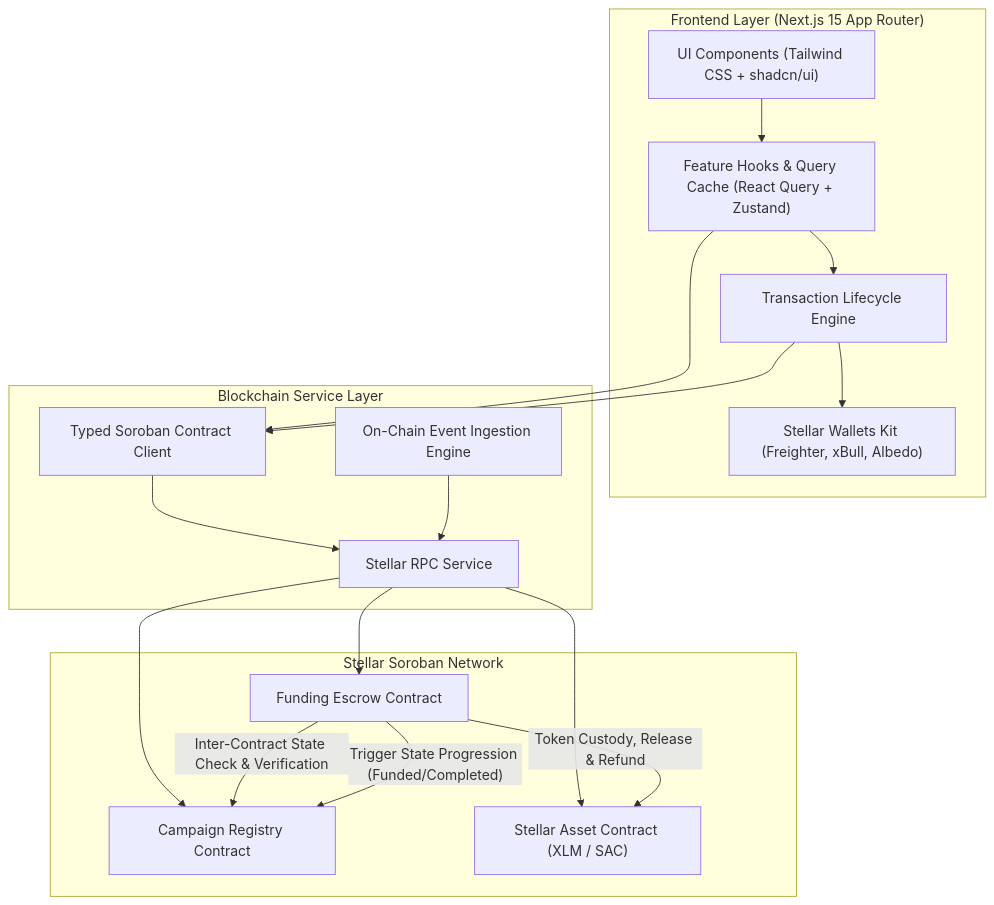
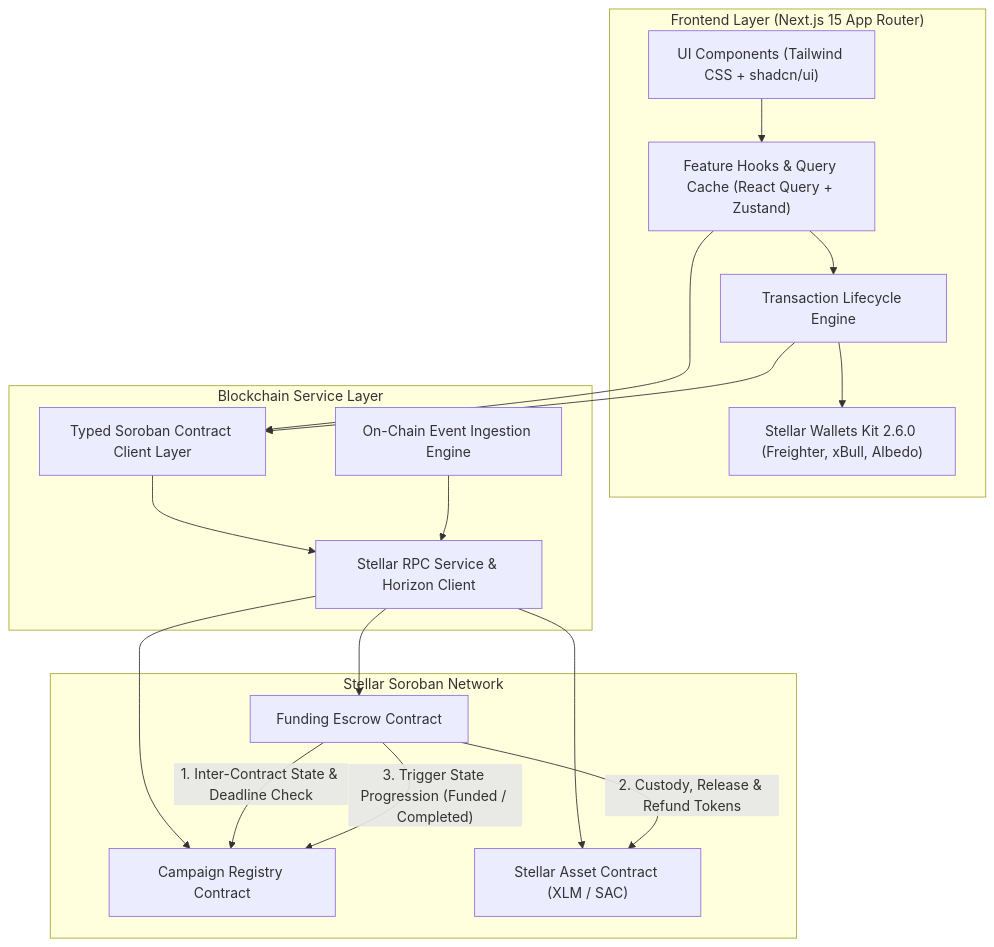
One commit to sanchayanghosh07/FundCircle changed the first of 4 diagrams in docs/architecture.md. Above: the diagram before and after it, drawn with Mermaid. The commit also changed other lines of this file, not shown here.

Commit message:
chore: establish FundCircle architecture

````diff
--- a/docs/architecture.md
+++ b/docs/architecture.md
@@ -7,36 +9,36 @@
 ```mermaid
 graph TD
-    subgraph Client ["Frontend Layer (Next.js 15 App Router)"]
+    subgraph Frontend ["Frontend Layer (Next.js 15 App Router)"]
         UI["UI Components (Tailwind CSS + shadcn/ui)"]
         Hooks["Feature Hooks & Query Cache (React Query + Zustand)"]
         TxLifecycle["Transaction Lifecycle Engine"]
-        WalletAdapter["Stellar Wallets Kit (Freighter, xBull, Albedo)"]
+        WalletAdapter["Stellar Wallets Kit 2.6.0 (Freighter, xBull, Albedo)"]
     end
 
     subgraph ServiceLayer ["Blockchain Service Layer"]
-        RPCClient["Stellar RPC Service"]
-        ContractClient["Typed Soroban Contract Client"]
+        RPCClient["Stellar RPC Service & Horizon Client"]
+        ContractClient["Typed Soroban Contract Client Layer"]
         EventIngestion["On-Chain Event Ingestion Engine"]
     end
 
     subgraph StellarBlockchain ["Stellar Soroban Network"]
         Registry["Campaign Registry Contract"]
         Escrow["Funding Escrow Contract"]
         SAC["Stellar Asset Contract (XLM / SAC)"]
     end
 
     UI --> Hooks
     Hooks --> TxLifecycle
     Hooks --> ContractClient
     TxLifecycle --> WalletAdapter
     TxLifecycle --> ContractClient
     ContractClient --> RPCClient
     EventIngestion --> RPCClient
     RPCClient --> Registry
     RPCClient --> Escrow
     RPCClient --> SAC
 
-    Escrow -- "Inter-Contract State Check & Verification" --> Registry
-    Escrow -- "Token Custody, Release & Refund" --> SAC
-    Escrow -- "Trigger State Progression (Funded/Completed)" --> Registry
+    Escrow -- "1. Inter-Contract State & Deadline Check" --> Registry
+    Escrow -- "2. Custody, Release & Refund Tokens" --> SAC
+    Escrow -- "3. Trigger State Progression (Funded / Completed)" --> Registry
 ```
````
